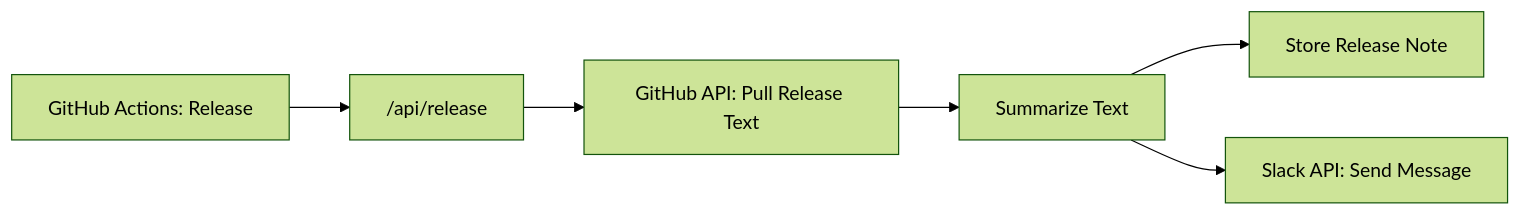
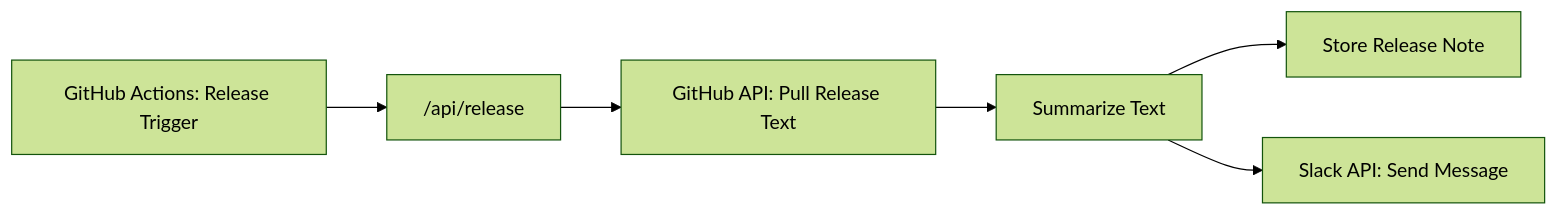
One commit to carstenjacobsen/runpod-demo changed the diagram in README.md. Above: the diagram before and after it, drawn with Mermaid (forest theme).

Commit message:
Update flowchart label for GitHub Actions

````diff
--- a/README.md
+++ b/README.md
@@ -10,8 +10,8 @@
 ```mermaid
 flowchart LR
-    A[GitHub Actions: Release] --> B["/api/release"]
+    A[GitHub Actions: Release Trigger] --> B["/api/release"]
     B --> C[GitHub API: Pull Release Text]
     C --> D[Summarize Text]
     D --> E[Store Release Note]
     D --> F[Slack API: Send Message]
 ```
````
